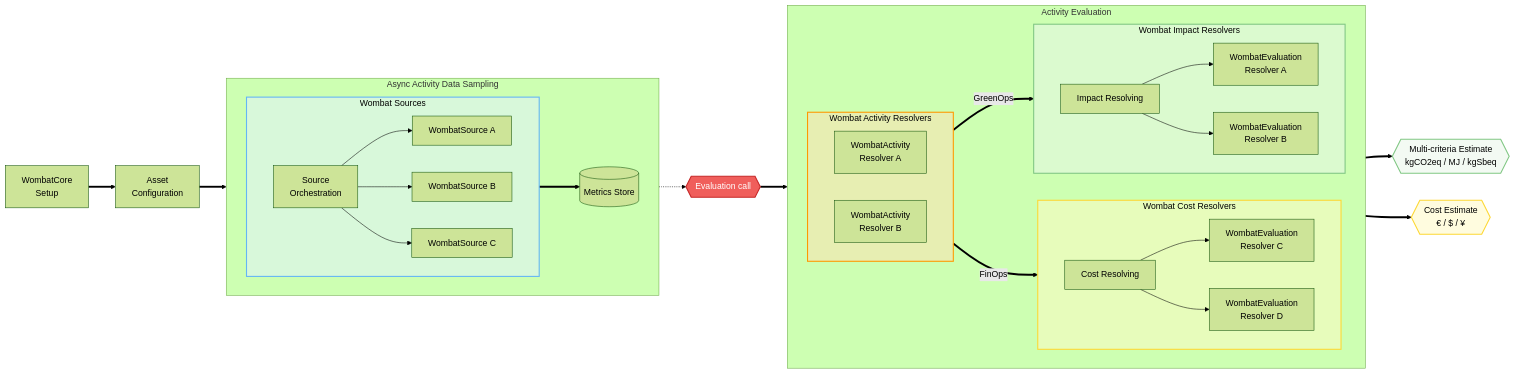
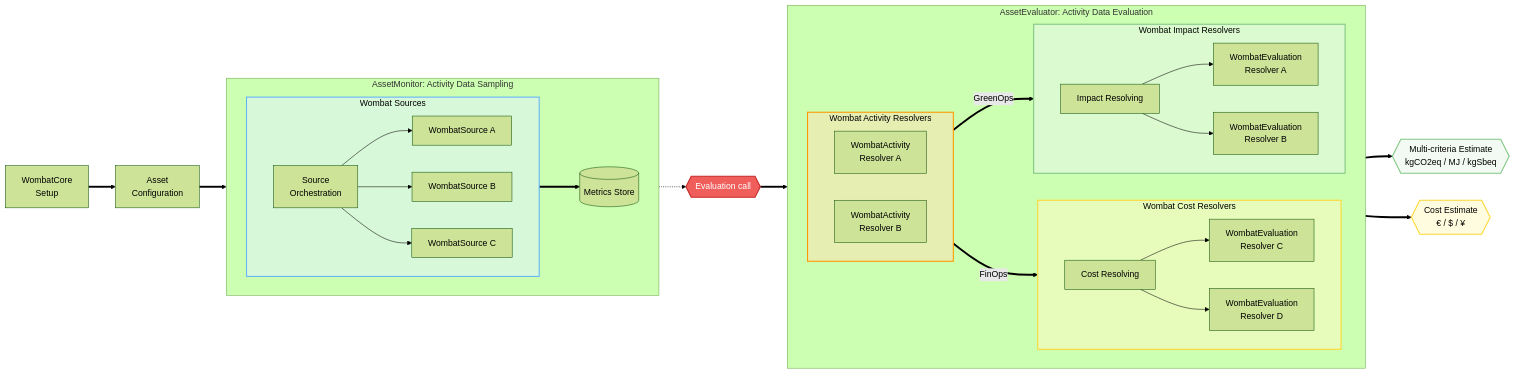
Before and after one commit to illuin-tech/wombat-core: the diagram in README.md, drawn with Mermaid (forest theme). The commit also changed other lines of this file and 2 other files, not shown here.

````diff
--- a/README.md
+++ b/README.md
@@ -46,80 +40,80 @@
 ```mermaid
 flowchart LR
     CORE_SETUP[WombatCore\nSetup]
     ASSET_DECLARATION[Asset\nConfiguration]
 
-    subgraph SAMPLING[Async Activity Data Sampling]
+    subgraph SAMPLING[AssetMonitor: Activity Data Sampling]
         direction LR
         subgraph SOURCE[Wombat Sources]
             direction LR
             SOURCE_ORCHESTRATOR[Source\nOrchestration]
             
             SOURCE_A[WombatSource A]
             SOURCE_B[WombatSource B]
             SOURCE_C[WombatSource C]
 
             SOURCE_ORCHESTRATOR-->SOURCE_A
             SOURCE_ORCHESTRATOR-->SOURCE_B
             SOURCE_ORCHESTRATOR-->SOURCE_C
         end
         STORAGE_ACTIVITY[(Metrics Store)]
 
         SOURCE==>STORAGE_ACTIVITY
     end
 
     CALL{{Evaluation call}}
 
-    subgraph ESTIMATION[Activity Evaluation]
+    subgraph ESTIMATION[AssetEvaluator: Activity Data Evaluation]
         direction LR
 
         subgraph ACTIVITY[Wombat Activity Resolvers]
             direction LR
             ACTIVITY_RESOLVER_A[WombatActivity\nResolver A]
             ACTIVITY_RESOLVER_B[WombatActivity\nResolver B]
         end
 
         subgraph IMPACT_FINOPS[Wombat Cost Resolvers]
             direction LR
             FINOPS[Cost Resolving]
             FINOPS --> COST_EVAL_RESOLVER_A[WombatEvaluation\nResolver C]
             FINOPS --> COST_EVAL_RESOLVER_B[WombatEvaluation\nResolver D]
         end
 
         subgraph IMPACT_GREENOPS[Wombat Impact Resolvers]
             direction LR
             GREENOPS[Impact Resolving]
             GREENOPS --> IMPACT_EVAL_RESOLVER_A[WombatEvaluation\nResolver A]
             GREENOPS --> IMPACT_EVAL_RESOLVER_B[WombatEvaluation\nResolver B]
         end
 
         ACTIVITY ==>|GreenOps| IMPACT_GREENOPS
         ACTIVITY ==>|FinOps| IMPACT_FINOPS
     end
 
     GREENOPS_RESULT{{Multi-criteria Estimate\nkgCO2eq / MJ / kgSbeq}}
     FINOPS_RESULT{{Cost Estimate\n€ / $ / ¥}}
 
     %% Cross-Process Data Flows
     CORE_SETUP ==> ASSET_DECLARATION
     ASSET_DECLARATION ==> SAMPLING
     SAMPLING -.-> CALL
     CALL ==> ACTIVITY
     IMPACT_GREENOPS ==> GREENOPS_RESULT
     IMPACT_FINOPS ==> FINOPS_RESULT
 
     classDef configStyle fill:#cfd8dc88,stroke:#78909c,stroke-width:2px,color:#000
     classDef samplingStyle fill:#e3f2fd88,stroke:#64b5f6,stroke-width:2px,color:#000
     classDef triggerStyle fill:#ef5350ee,stroke:#c62828,stroke-width:2px,color:#fff
     classDef activityStyle fill:#ffe0b288,stroke:#ff9800,stroke-width:2px,color:#000
     classDef greenopsStyle fill:#e8f5e988,stroke:#81c784,stroke-width:2px,color:#000
     classDef finopsStyle fill:#fff9c488,stroke:#fdd835,stroke-width:2px,color:#000
 
     class CONFIG configStyle
     class SOURCE samplingStyle
     class CALL triggerStyle
     class ACTIVITY activityStyle
     class IMPACT_GREENOPS greenopsStyle
     class IMPACT_FINOPS finopsStyle
     class GREENOPS_RESULT greenopsStyle
     class FINOPS_RESULT finopsStyle
-```
+``` 
````
